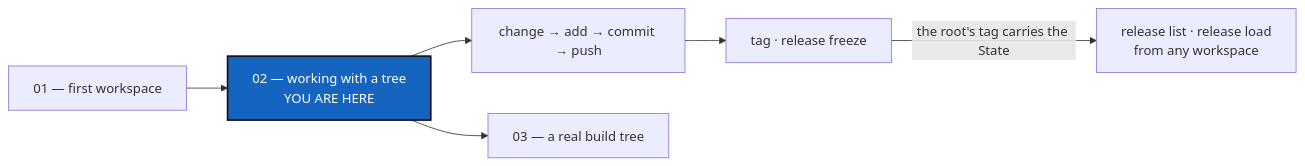
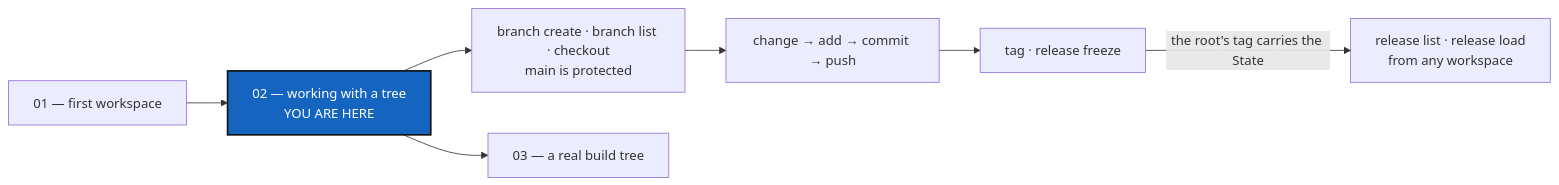
Before and after one commit to flipoyo/ComplexGitSync: the diagram in tutorials/02_working_with_a_tree.md, drawn with Mermaid. The commit also changed other lines of this file and 13 other files, not shown here.

````diff
--- a/tutorials/02_working_with_a_tree.md
+++ b/tutorials/02_working_with_a_tree.md
@@ -27,11 +28,12 @@
 ```mermaid
 graph LR
     T1["01 — first workspace"] --> T2["02 — working with a tree<br/>YOU ARE HERE"]
-    T2 --> CYCLE["change → add → commit → push"]
+    T2 --> BR["branch create · branch list · checkout<br/>main is protected"]
+    BR --> CYCLE["change → add → commit → push"]
     CYCLE --> REL["tag · release freeze"]
     REL -->|"the root's tag carries the State"| BACK["release list · release load<br/>from any workspace"]
     T2 --> T3["03 — a real build tree"]
 
     classDef here fill:#1565C0,color:#fff,stroke:#111,stroke-width:2px;
     class T2 here;
 ```
````
